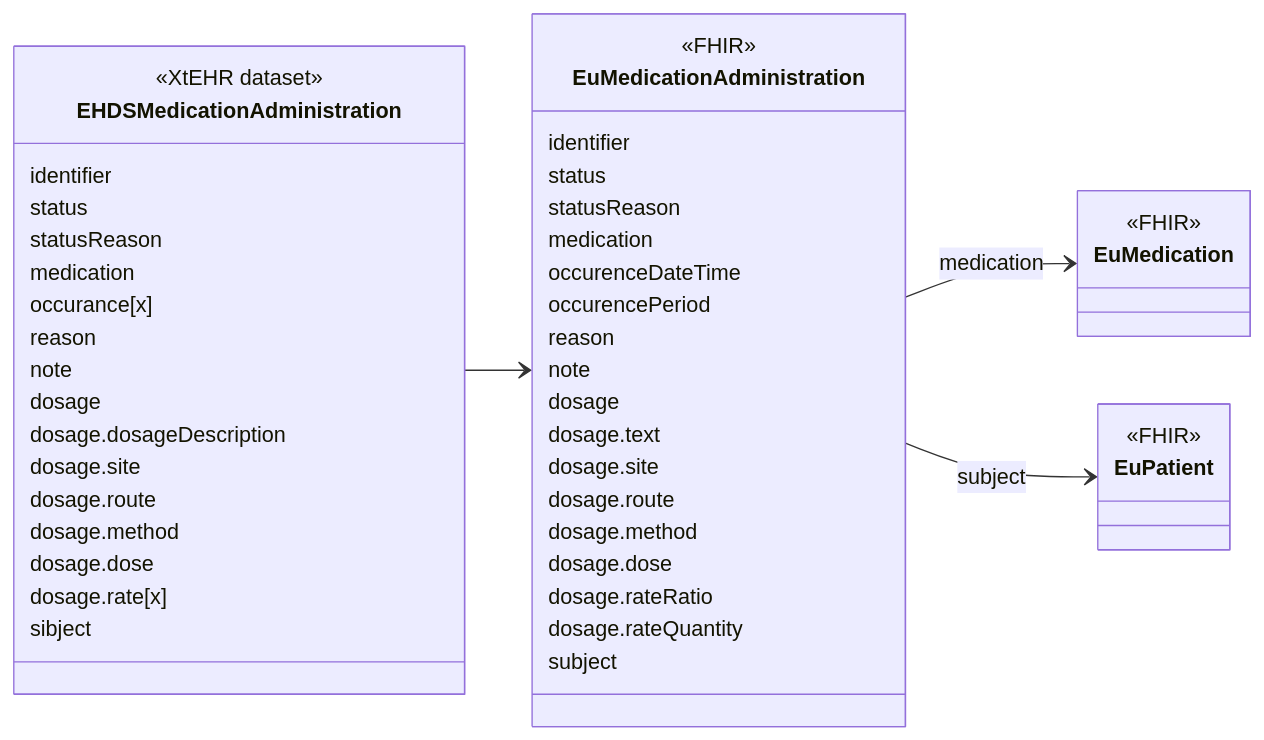
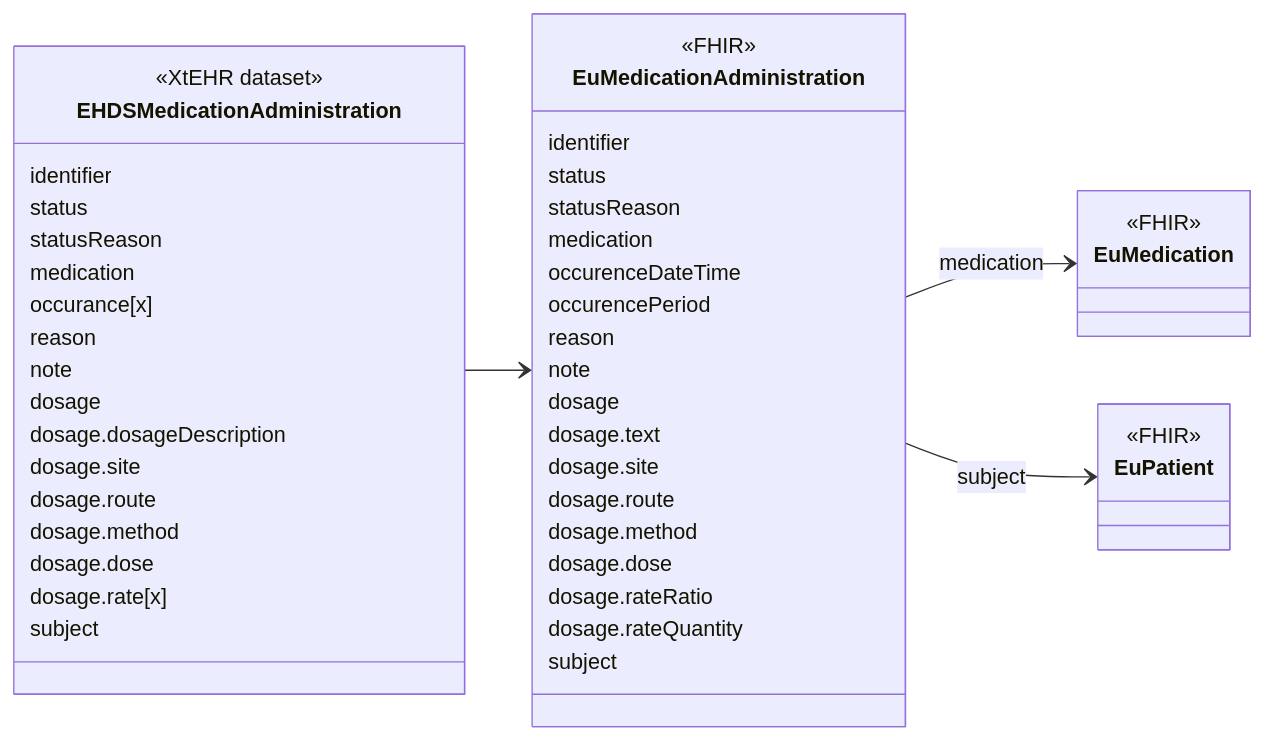
One commit to oijauregui/ehdsimaging changed the diagram in input/intro-notes/ConceptMap-EHDSMedicationAdministrationMap-intro.md. Above: the diagram before and after it, drawn with Mermaid. The commit also changed 5 other files, not shown here.

````diff
--- a/input/intro-notes/ConceptMap-EHDSMedicationAdministrationMap-intro.md
+++ b/input/intro-notes/ConceptMap-EHDSMedicationAdministrationMap-intro.md
@@ -5,53 +5,53 @@
 ```mermaid
 classDiagram
 direction LR
 class EHDSMedicationAdministration {
   <<XtEHR dataset>>
   identifier
   status
   statusReason
   medication
   occurance[x]
   reason
   note
   dosage
   dosage.dosageDescription
   dosage.site
   dosage.route
   dosage.method
   dosage.dose
   dosage.rate[x]
-  sibject
+  subject
 }
 link EHDSMedicationAdministration "https://build.fhir.org/ig/Xt-EHR/xt-ehr-common/StructureDefinition-EHDSMedicationAdministration.html"
 class EuMedicationAdministration{
   <<FHIR>>
   identifier
   status
   statusReason
   medication
   occurenceDateTime
   occurencePeriod
   reason
   note
   dosage
   dosage.text
   dosage.site
   dosage.route
   dosage.method
   dosage.dose
   dosage.rateRatio
   dosage.rateQuantity
   subject
 }
 
 class EuMedication {
   <<FHIR>>
 }
 class EuPatient {
   <<FHIR>>
 }
 EHDSMedicationAdministration --> EuMedicationAdministration
 EuMedicationAdministration --> EuMedication : medication
 EuMedicationAdministration --> EuPatient : subject
 ```
````
